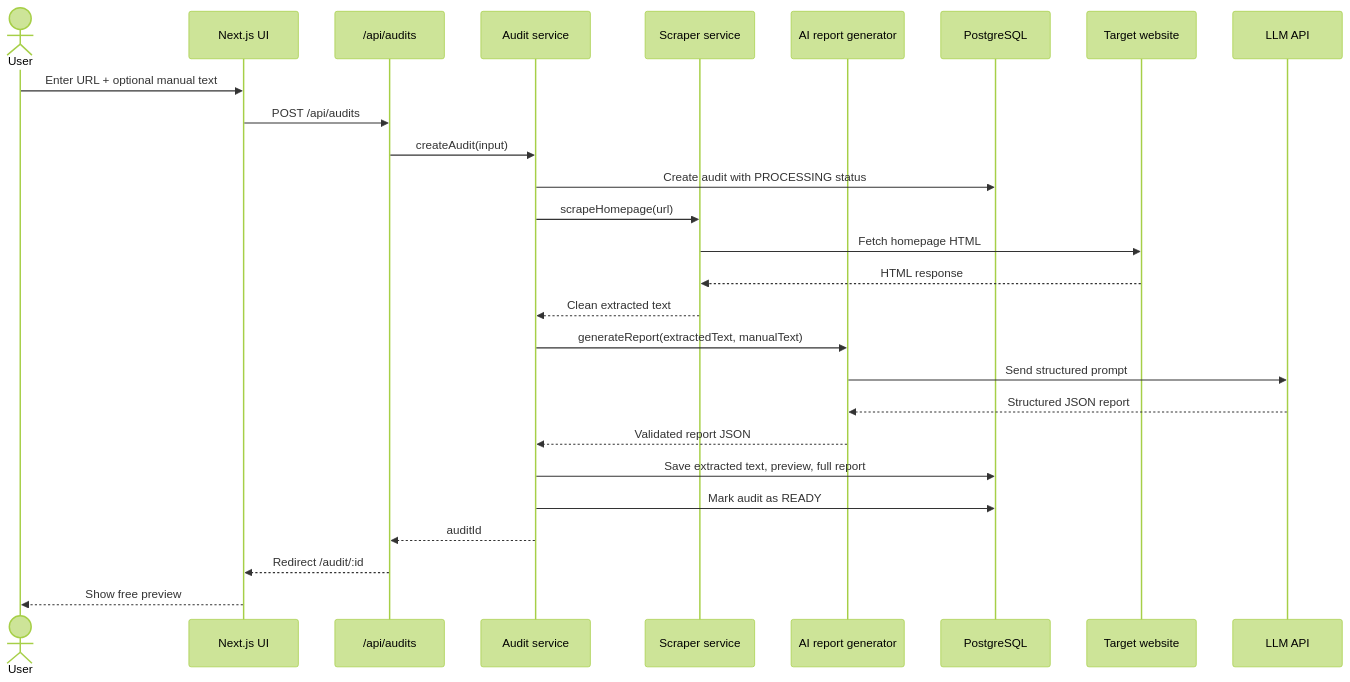
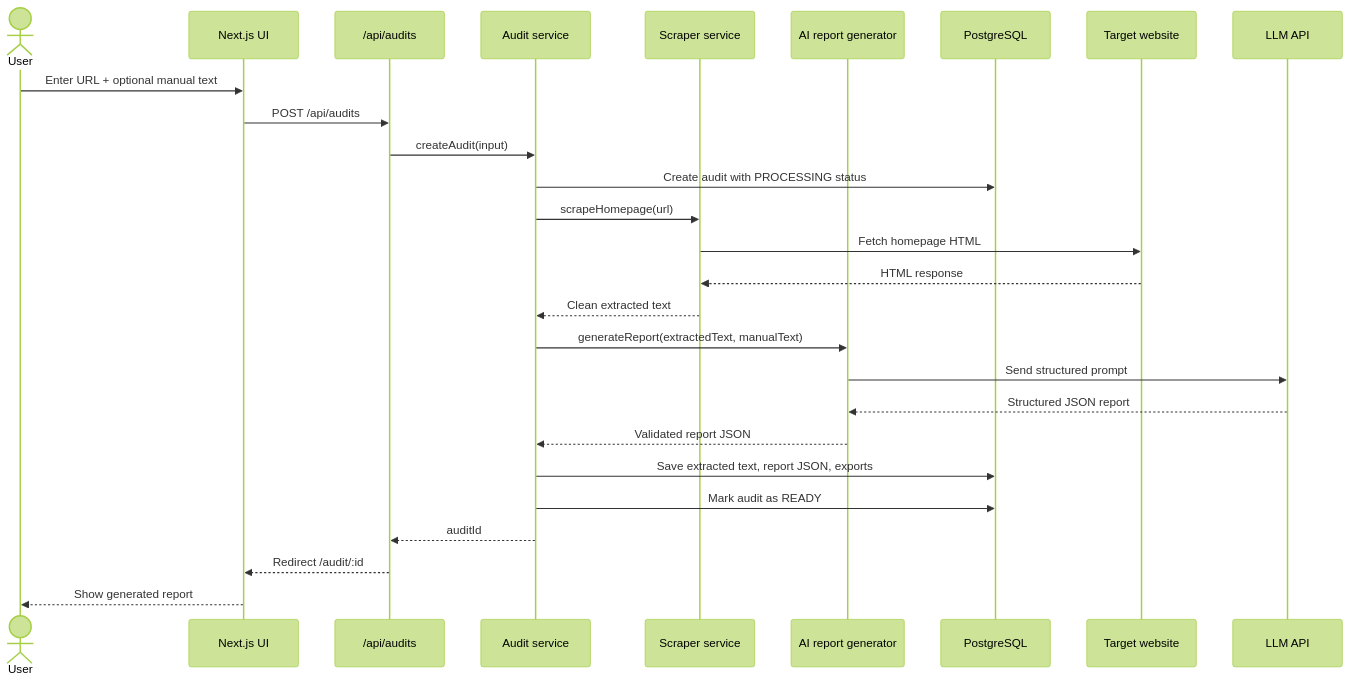
One commit to Luxion07/sitegap-ai changed the third of 10 diagrams in docs/ARCHITECTURE.md. Above: the diagram before and after it, drawn with Mermaid (forest theme). The commit also changed other lines of this file and 15 other files, not shown here.

````diff
--- a/docs/ARCHITECTURE.md
+++ b/docs/ARCHITECTURE.md
@@ -89,30 +79,30 @@
 ```mermaid
 sequenceDiagram
   actor User
   participant UI as Next.js UI
   participant API as /api/audits
   participant Audit as Audit service
   participant Scraper as Scraper service
   participant AI as AI report generator
   participant DB as PostgreSQL
   participant Site as Target website
   participant LLM as LLM API
 
   User->>UI: Enter URL + optional manual text
   UI->>API: POST /api/audits
   API->>Audit: createAudit(input)
   Audit->>DB: Create audit with PROCESSING status
   Audit->>Scraper: scrapeHomepage(url)
   Scraper->>Site: Fetch homepage HTML
   Site-->>Scraper: HTML response
   Scraper-->>Audit: Clean extracted text
   Audit->>AI: generateReport(extractedText, manualText)
   AI->>LLM: Send structured prompt
   LLM-->>AI: Structured JSON report
   AI-->>Audit: Validated report JSON
-  Audit->>DB: Save extracted text, preview, full report
+  Audit->>DB: Save extracted text, report JSON, exports
   Audit->>DB: Mark audit as READY
   Audit-->>API: auditId
   API-->>UI: Redirect /audit/:id
-  UI-->>User: Show free preview
+  UI-->>User: Show generated report
 ```
````
